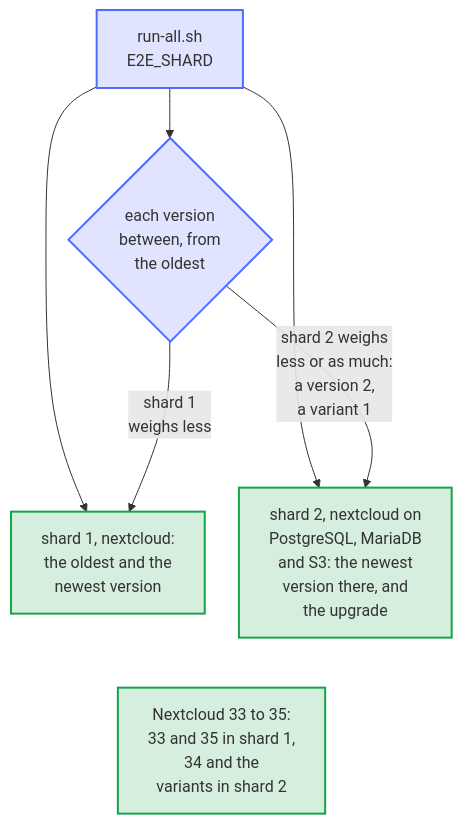
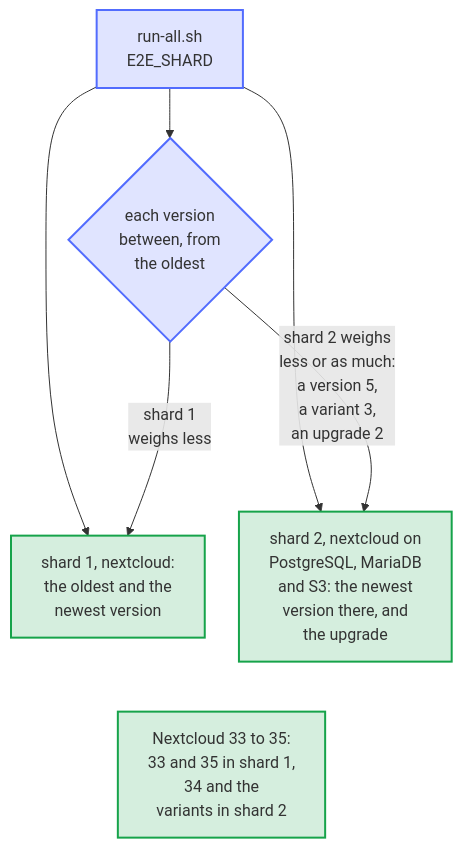
One commit to Dennis-Otto/paperless-sync changed the diagram in docs/diagrams/how-the-two-jobs-share-the-runs.mmd. Above: the diagram before and after it, drawn with Mermaid. The commit also changed 23 other files, not shown here.

First line of the commit message:
perf: the required nextcloud check stops growing with every Nextcloud version (#306)

```diff
--- a/docs/diagrams/how-the-two-jobs-share-the-runs.mmd
+++ b/docs/diagrams/how-the-two-jobs-share-the-runs.mmd
@@ -1,28 +1,28 @@
 ---
 config:
   flowchart:
     nodeSpacing: 24
     wrappingWidth: 240
 ---
 flowchart TB
     accTitle: How the two jobs share the runs
-    accDescr: run-all.sh splits the runs of the suite into two shards, one for each required check, which runs its runs side by side on a runner of its own. Shard 1, the check nextcloud, holds the oldest and the newest supported version; shard 2, the check nextcloud on PostgreSQL, MariaDB and S3, holds the newest version on PostgreSQL and on MariaDB with S3, when the change can behave differently there, and the upgrade from the last release, when the change can break it. Each version between goes, from the oldest, to the shard with the lighter load, where a version with its browser checks counts as two runs and a variant as one, and to shard 2 when both weigh as much. With Nextcloud 33 to 35, shard 1 runs 33 and 35 and shard 2 runs 34 and the variants.
+    accDescr: run-all.sh splits the runs of the suite into two shards, one for each required check, which runs its runs side by side on a runner of its own. Shard 1, the check nextcloud, holds the oldest and the newest supported version; shard 2, the check nextcloud on PostgreSQL, MariaDB and S3, holds the newest version on PostgreSQL and on MariaDB with S3, when the change can behave differently there, and the upgrade from the last release, when the change can break it. Each version between goes, from the oldest, to the shard with the lighter load, where a version with its browser checks counts as five, a variant as three and an upgrade as two, and to shard 2 when both weigh as much. With Nextcloud 33 to 35, shard 1 runs 33 and 35 and shard 2 runs 34 and the variants.
 
     all["run-all.sh<br>E2E_SHARD"]
     between{"each version<br>between, from<br>the oldest"}
     first["shard 1, nextcloud:<br>the oldest and the<br>newest version"]
     second["shard 2, nextcloud on<br>PostgreSQL, MariaDB<br>and S3: the newest<br>version there, and<br>the upgrade"]
     example["Nextcloud 33 to 35:<br>33 and 35 in shard 1,<br>34 and the<br>variants in shard 2"]
 
     all --> first
     all --> second
     all --> between
-    between -- "shard 2 weighs<br>less or as much:<br>a version 2,<br>a variant 1" --> second
+    between -- "shard 2 weighs<br>less or as much:<br>a version 5,<br>a variant 3,<br>an upgrade 2" --> second
     between -- "shard 1<br>weighs less" --> first
     first ~~~ example
     second ~~~ example
 
     classDef bot fill:#526cfe2e,stroke:#526cfe,stroke-width:2px
     classDef done fill:#16a34a2e,stroke:#16a34a,stroke-width:2px
     class all,between bot
     class first,second,example done
```
